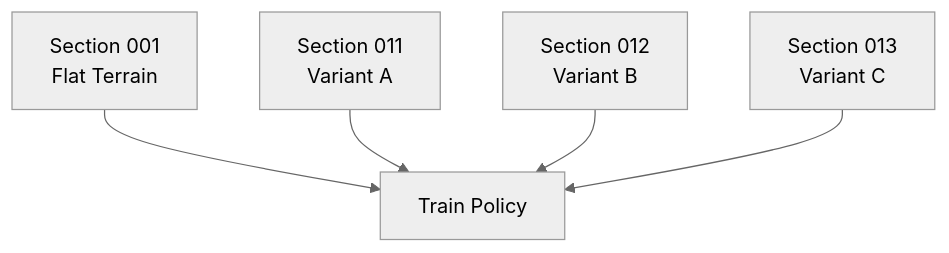
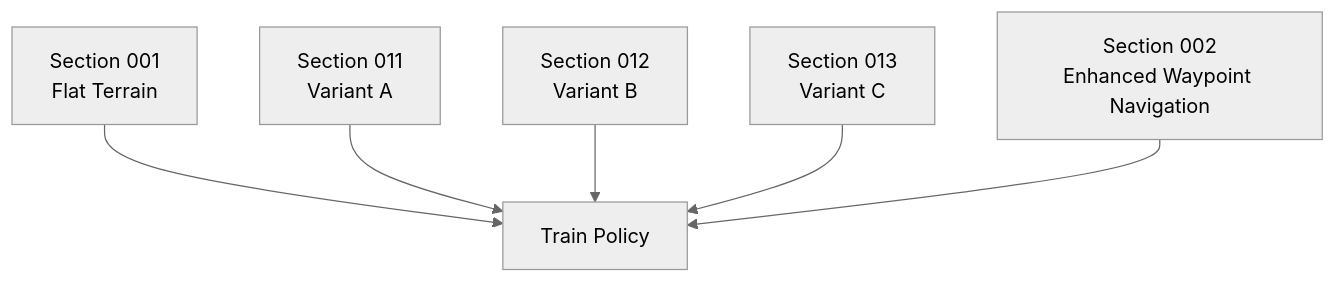
Before and after one commit to jayjayhust/MotrixLab: the eighth of 14 diagrams in .qoder/repowiki/en/content/Navigation Environments/Navigation Environments.md, drawn with Mermaid (neutral theme). The commit also changed other lines of this file and 27 other files, not shown here.

````diff
--- a/.qoder/repowiki/en/content/Navigation Environments/Navigation Environments.md
+++ b/.qoder/repowiki/en/content/Navigation Environments/Navigation Environments.md
@@ -372,11 +448,13 @@
 ```mermaid
 graph TB
 S001["Section 001<br/>Flat Terrain"]
 S011["Section 011<br/>Variant A"]
 S012["Section 012<br/>Variant B"]
 S013["Section 013<br/>Variant C"]
+S002["Section 002<br/>Enhanced Waypoint Navigation"]
 S001 --> Train["Train Policy"]
 S011 --> Train
 S012 --> Train
 S013 --> Train
+S002 --> Train
 ```
````
